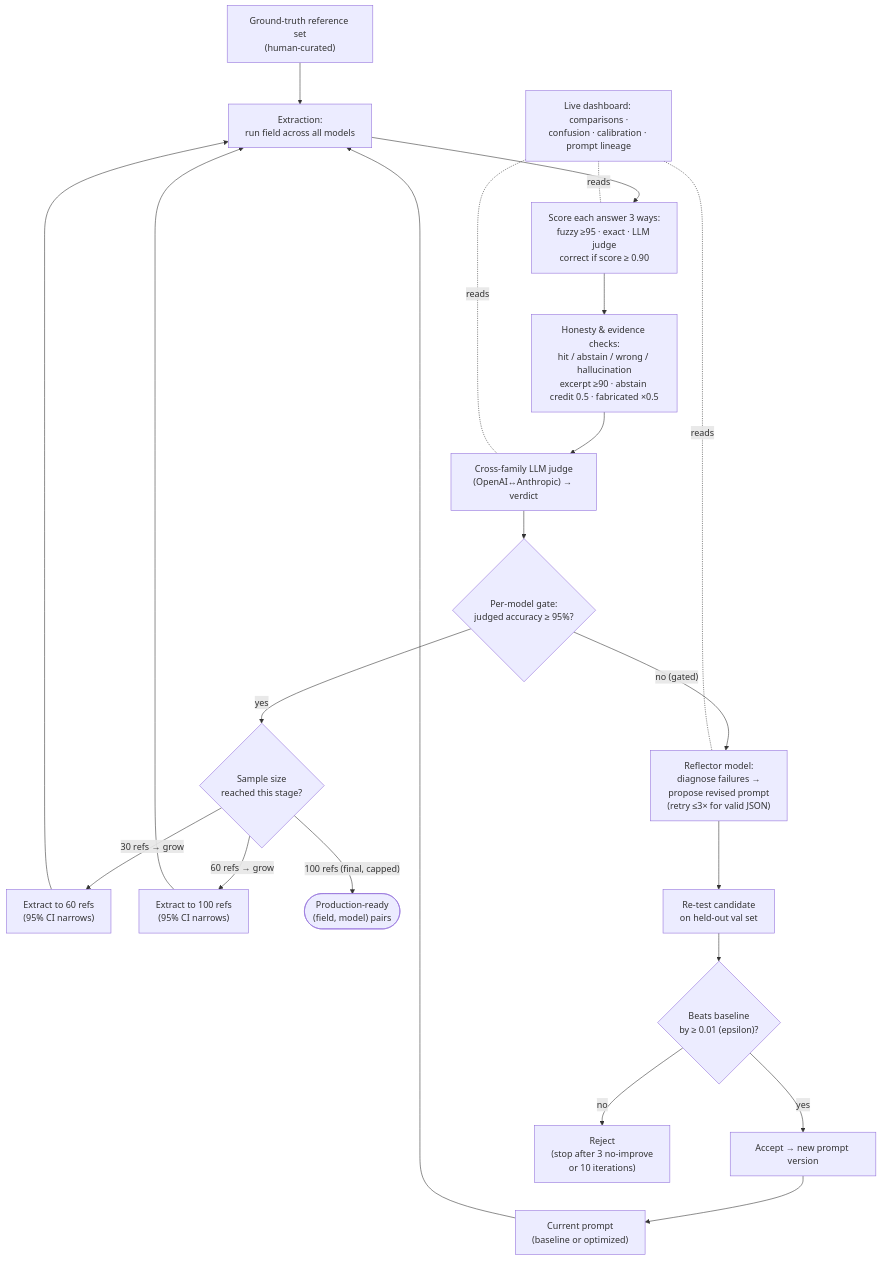
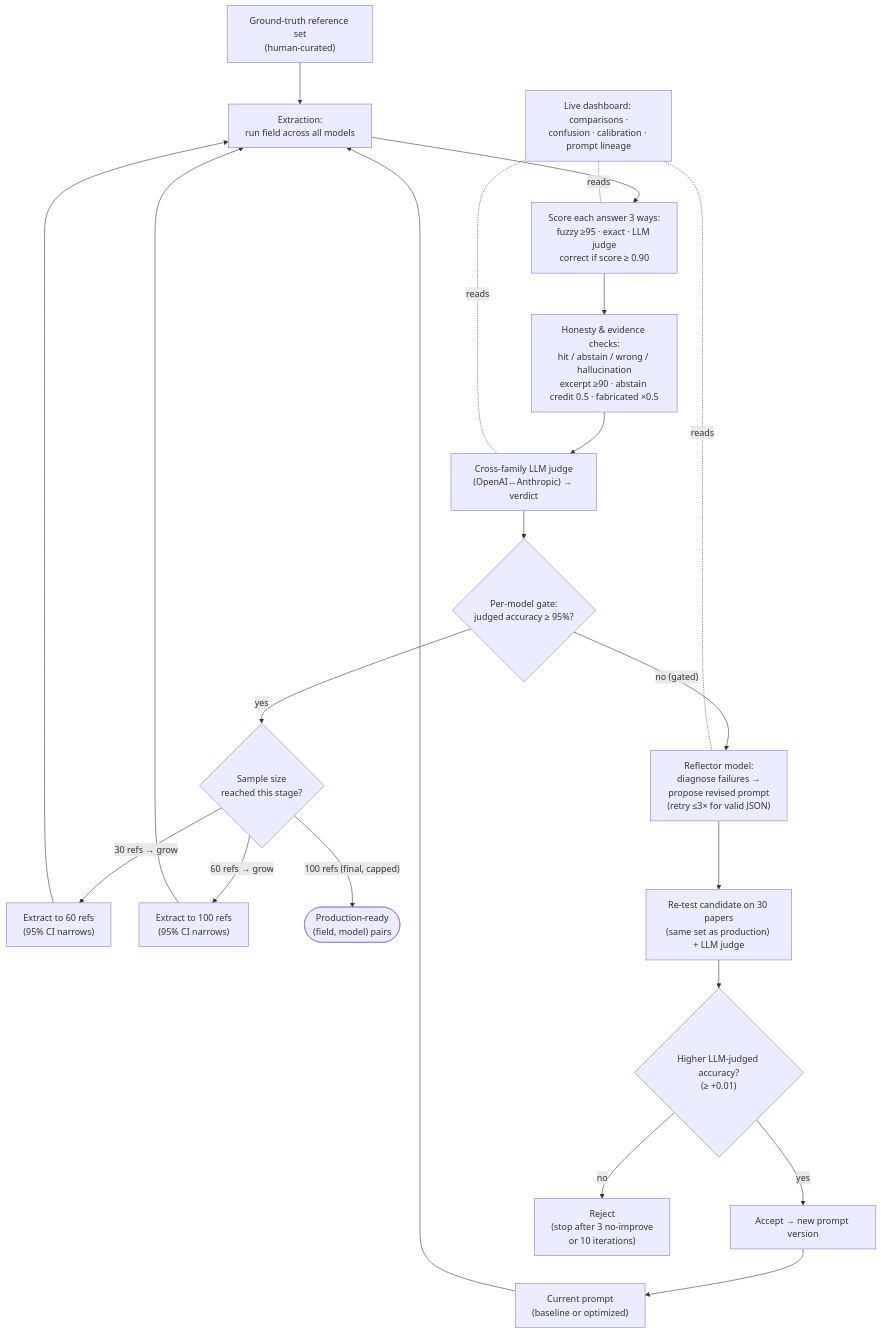
The diagram in backend/README.md (lsempe77/promptlab), drawn with Mermaid before and after one commit. The commit also changed other lines of this file and 5 other files, not shown here.

Commit message:
Optimizer accepts on LLM-judged accuracy (same metric as the 95%% gate) over a 30-paper val set (seed 42, = production stage 1); honesty score now only ranks candidates. Shared app/judging.py de-dups judge logic

````diff
--- a/backend/README.md
+++ b/backend/README.md
@@ -27,24 +27,24 @@
 ```mermaid
 flowchart TD
     GT["Ground-truth reference set<br/>(human-curated)"] --> EX
     P["Current prompt<br/>(baseline or optimized)"] --> EX["Extraction:<br/>run field across all models"]
     EX --> SC["Score each answer 3 ways:<br/>fuzzy ≥95 · exact · LLM judge<br/>correct if score ≥ 0.90"]
     SC --> HON["Honesty & evidence checks:<br/>hit / abstain / wrong / hallucination<br/>excerpt ≥90 · abstain credit 0.5 · fabricated ×0.5"]
     HON --> JUDGE["Cross-family LLM judge<br/>(OpenAI↔Anthropic) → verdict"]
     JUDGE --> GATE{"Per-model gate:<br/>judged accuracy ≥ 95%?"}
     GATE -- "no (gated)" --> REFLECT["Reflector model:<br/>diagnose failures →<br/>propose revised prompt<br/>(retry ≤3× for valid JSON)"]
     GATE -- "yes" --> STAGE{"Sample size<br/>reached this stage?"}
     STAGE -- "30 refs → grow" --> G60["Extract to 60 refs<br/>(95% CI narrows)"]
     STAGE -- "60 refs → grow" --> G100["Extract to 100 refs<br/>(95% CI narrows)"]
     STAGE -- "100 refs (final, capped)" --> DONE(["Production-ready<br/>(field, model) pairs"])
     G60 --> EX
     G100 --> EX
-    REFLECT --> RETEST["Re-test candidate<br/>on held-out val set"]
-    RETEST --> BETTER{"Beats baseline<br/>by ≥ 0.01 (epsilon)?"}
+    REFLECT --> RETEST["Re-test candidate on 30 papers<br/>(same set as production) + LLM judge"]
+    RETEST --> BETTER{"Higher LLM-judged accuracy?<br/>(≥ +0.01)"}
     BETTER -- "yes" --> ACCEPT["Accept → new prompt version"]
     BETTER -- "no" --> REJECT["Reject<br/>(stop after 3 no-improve<br/>or 10 iterations)"]
     ACCEPT --> P
     DASH["Live dashboard: comparisons ·<br/>confusion · calibration · prompt lineage"] -.reads.- SC
     DASH -.reads.- JUDGE
     DASH -.reads.- REFLECT
 ```
````
